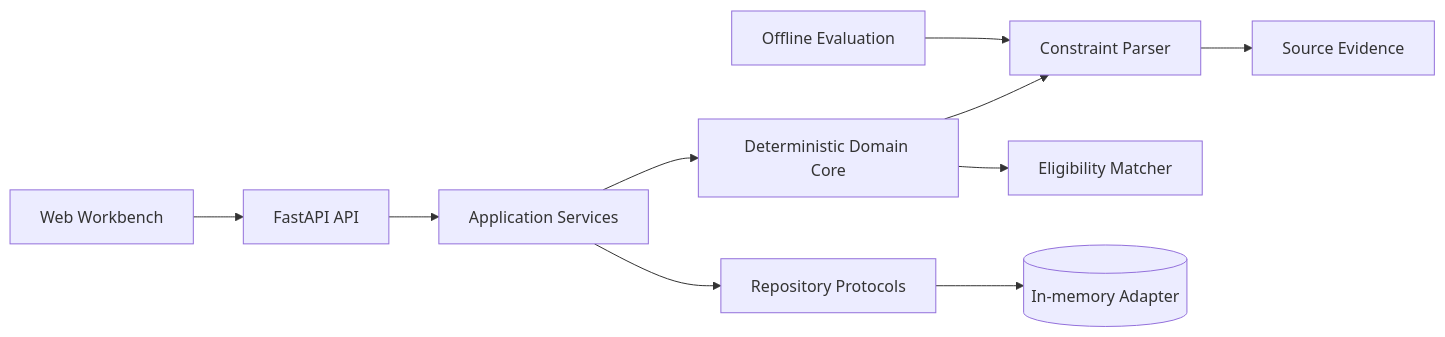
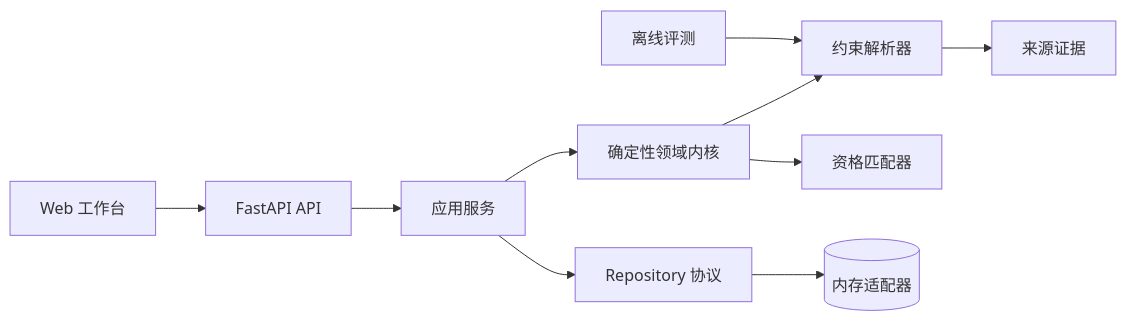
One commit to eulermonica6-hub/Lina_Agent changed the diagram in README.md. Above: the diagram before and after it, drawn with Mermaid. The commit also changed other lines of this file and 9 other files, not shown here.

````diff
--- a/README.md
+++ b/README.md
@@ -39,12 +41,12 @@
 ```mermaid
 flowchart LR
-    UI[Web Workbench] --> API[FastAPI API]
-    API --> APP[Application Services]
-    APP --> REPO[Repository Protocols]
-    APP --> DOMAIN[Deterministic Domain Core]
-    DOMAIN --> PARSER[Constraint Parser]
-    DOMAIN --> MATCHER[Eligibility Matcher]
-    PARSER --> EVIDENCE[Source Evidence]
-    EVAL[Offline Evaluation] --> PARSER
-    REPO --> MEMORY[(In-memory Adapter)]
+    UI[Web 工作台] --> API[FastAPI API]
+    API --> APP[应用服务]
+    APP --> REPO[Repository 协议]
+    APP --> DOMAIN[确定性领域内核]
+    DOMAIN --> PARSER[约束解析器]
+    DOMAIN --> MATCHER[资格匹配器]
+    PARSER --> EVIDENCE[来源证据]
+    EVAL[离线评测] --> PARSER
+    REPO --> MEMORY[(内存适配器)]
 ```
````
